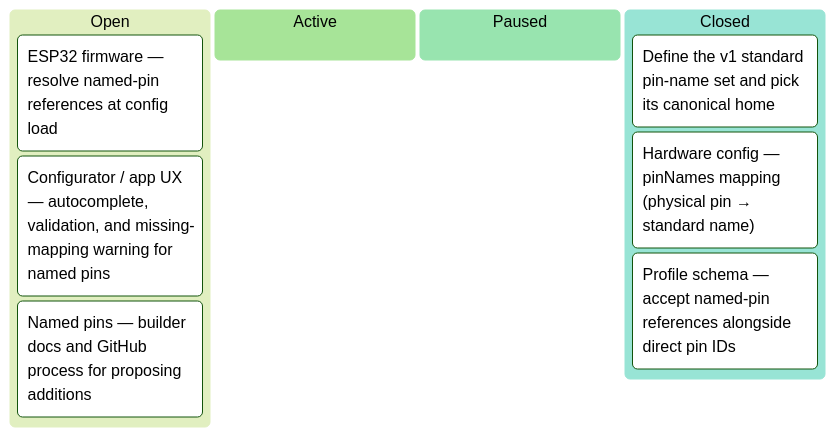
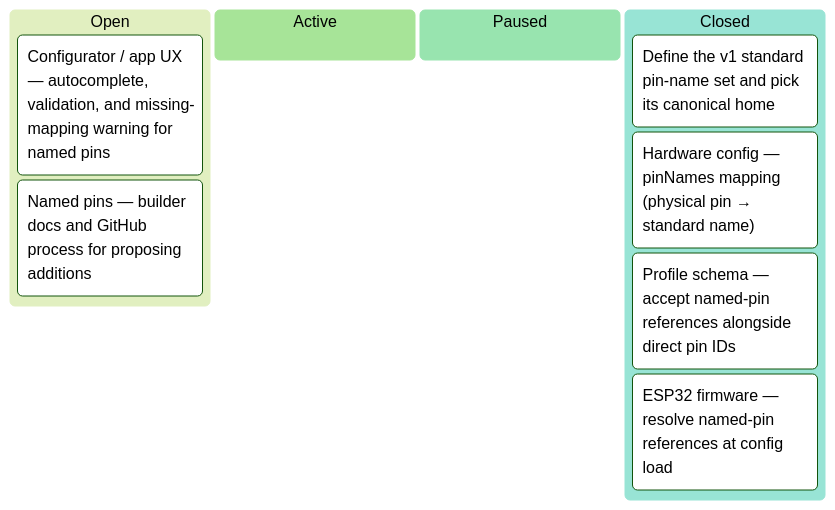
The fourth of 9 diagrams in docs/developers/tasks/KANBAN.md (tgd1975/AwesomeGuitarPedal), drawn with Mermaid (forest theme) before and after one commit. The commit also changed other lines of this file and 13 other files, not shown here.

First line of the commit message:
close TASK-380: ESP32 firmware resolves named pin refs (EPIC-029)

````diff
--- a/docs/developers/tasks/KANBAN.md
+++ b/docs/developers/tasks/KANBAN.md
@@ -52,13 +52,13 @@
 ```mermaid
 kanban
   Open
-    TASK_380["ESP32 firmware — resolve named-pin references at config load"]
     TASK_381["Configurator / app UX — autocomplete, validation, and missing-mapping warning for named pins"]
     TASK_382["Named pins — builder docs and GitHub process for proposing additions"]
   Active
   Paused
   Closed
     TASK_377["Define the v1 standard pin-name set and pick its canonical home"]
     TASK_378["Hardware config — pinNames mapping (physical pin → standard name)"]
     TASK_379["Profile schema — accept named-pin references alongside direct pin IDs"]
+    TASK_380["ESP32 firmware — resolve named-pin references at config load"]
 ```
````
